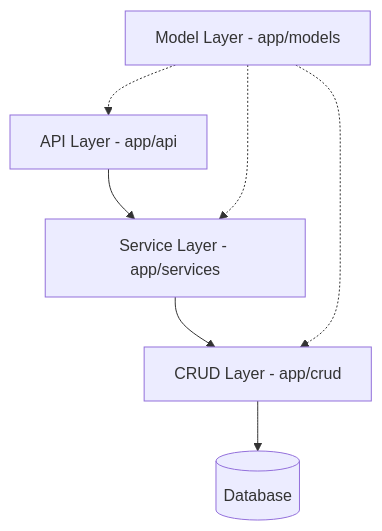
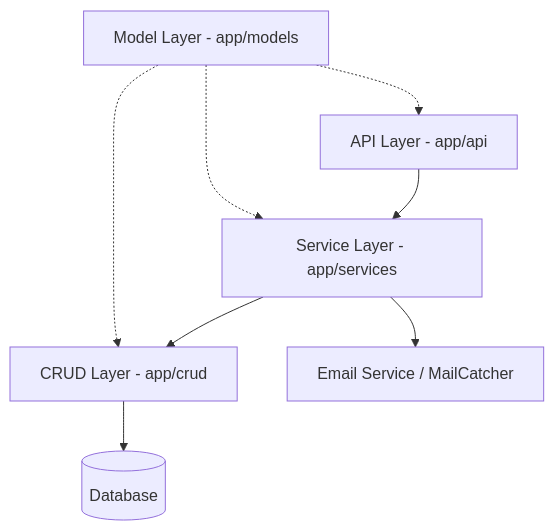
One commit to mobitrendz/fastapi-backend-template changed the diagram in docs/architecture.md. Above: the diagram before and after it, drawn with Mermaid. The commit also changed other lines of this file and 10 other files, not shown here.

Commit message:
implemented password recovery MailCatcher and Prek

````diff
--- a/docs/architecture.md
+++ b/docs/architecture.md
@@ -11,9 +11,10 @@
 ``` mermaid
 graph TD
     API[API Layer - app/api] --> Services[Service Layer - app/services]
     Services --> CRUD[CRUD Layer - app/crud]
     CRUD --> DB[(Database)]
+    Services --> Email[Email Service / MailCatcher]
     Models[Model Layer - app/models] -.-> API
     Models -.-> Services
     Models -.-> CRUD
 ```
````
